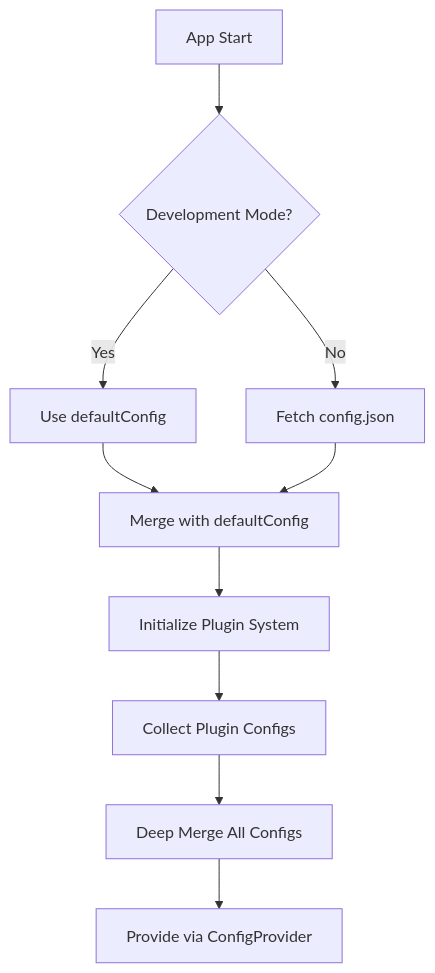
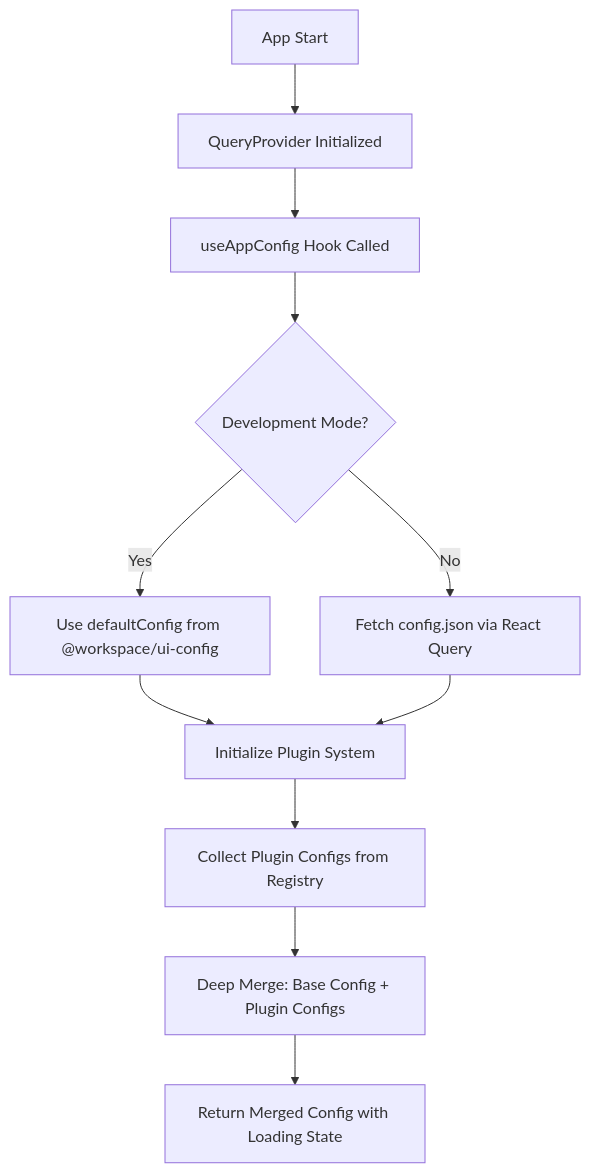
Before and after one commit to academic-moodle-cooperation/management-ui: the diagram in packages/ui-config/README.md, drawn with Mermaid. The commit also changed other lines of this file and 1 other file, not shown here.

Commit message:
Update documentation to reflect configuration system refactoring

````diff
--- a/packages/ui-config/README.md
+++ b/packages/ui-config/README.md
@@ -162,12 +262,13 @@
 ```mermaid
 graph TD
-    A[App Start] --> B{Development Mode?}
-    B -->|Yes| C[Use defaultConfig]
-    B -->|No| D[Fetch config.json]
-    C --> E[Merge with defaultConfig]
-    D --> E
-    E --> F[Initialize Plugin System]
-    F --> G[Collect Plugin Configs]
-    G --> H[Deep Merge All Configs]
-    H --> I[Provide via ConfigProvider]
+    A[App Start] --> B[QueryProvider Initialized]
+    B --> C[useAppConfig Hook Called]
+    C --> D{Development Mode?}
+    D -->|Yes| E[Use defaultConfig from @workspace/ui-config]
+    D -->|No| F[Fetch config.json via React Query]
+    E --> G[Initialize Plugin System]
+    F --> G
+    G --> H[Collect Plugin Configs from Registry]
+    H --> I[Deep Merge: Base Config + Plugin Configs]
+    I --> J[Return Merged Config with Loading State]
 ```
````
